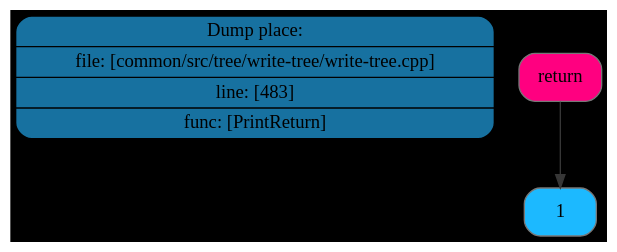
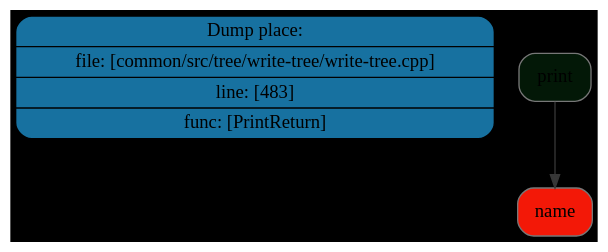
The diagram in dot/node/dot/node1.dot (Maksim-Sebelev/Language), drawn with Graphviz before and after one commit. The commit also changed 50 other files, not shown here.

```diff
--- a/dot/node/dot/node1.dot
+++ b/dot/node/dot/node1.dot
@@ -1,9 +1,9 @@
 digraph G{
 rankdir=TB
 graph [bgcolor="#000000"];
 place[shape=Mrecord, style=filled, fillcolor="#1771a0", pos="0,1!",label = " { Dump place: | file: [common/src/tree/write-tree/write-tree.cpp] | line: [483] | func: [PrintReturn] } "color = "#000000"];
-node0x507000000640[shape=Mrecord, style=filled, fillcolor="#FF0080"label = "return", color = "#777777"];
-node0x5070000005d0[shape=Mrecord, style=filled, fillcolor="#1cb9ff"label = "1", color = "#777777"];
+node0x5070000005d0[shape=Mrecord, style=filled, fillcolor="#031807"label = "print", color = "#777777"];
+node0x507000000560[shape=Mrecord, style=filled, fillcolor="#f31807"label = "name", color = "#777777"];
 edge[color="#373737"];
-node0x507000000640->node0x5070000005d0;
+node0x5070000005d0->node0x507000000560;
 }
```
